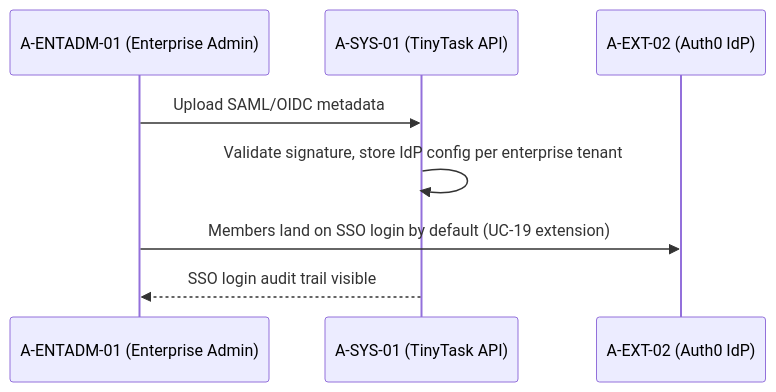
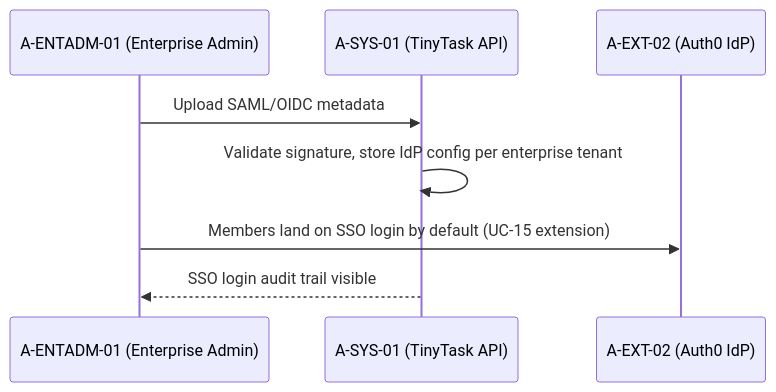
Diagram 20 of 23 in 02_CASES/Case_01_TinyTask_SaaS/03_PHASE3_DECOMPOSITION_RICH/annexes/B_Sequence_Diagrams.md (pauloribeiro16/Methodology_compact), drawn with Mermaid before and after one commit. The commit also changed other lines of this file and 23 other files, not shown here.

Commit message:
[EXECUTOR] F3 ledger-zero C1: 4 borderline re-laned (UC-07/11/12/16 → PROC-18..21, P7) + compact renumber (36 UCs: compliance 01..13, product 14..36); Doc20 v3.4 + Doc32 v1.3 (4 SSDF cards + articulation) + annexes/SVGs; gates green (verify_rich exit 0, mermaid 196/196, smoke 16/16)

````diff
--- a/02_CASES/Case_01_TinyTask_SaaS/03_PHASE3_DECOMPOSITION_RICH/annexes/B_Sequence_Diagrams.md
+++ b/02_CASES/Case_01_TinyTask_SaaS/03_PHASE3_DECOMPOSITION_RICH/annexes/B_Sequence_Diagrams.md
@@ -257,10 +257,10 @@
 ```mermaid
 sequenceDiagram
     participant ENT as A-ENTADM-01 (Enterprise Admin)
     participant SYS as A-SYS-01 (TinyTask API)
     participant IdP as A-EXT-02 (Auth0 IdP)
     ENT->>SYS: Upload SAML/OIDC metadata
     SYS->>SYS: Validate signature, store IdP config per enterprise tenant
-    ENT->>IdP: Members land on SSO login by default (UC-19 extension)
+    ENT->>IdP: Members land on SSO login by default (UC-15 extension)
     SYS-->>ENT: SSO login audit trail visible
 ```
````
